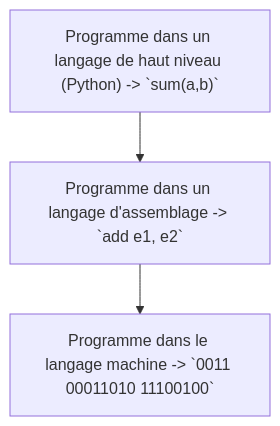
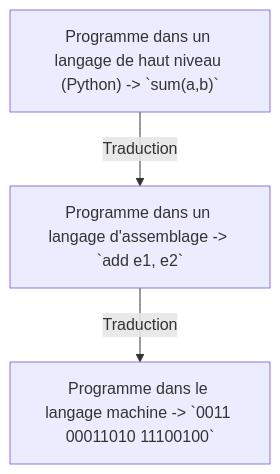
The diagram in première/Architecture_des_machines/Langage_machine.md (boddaert/nsi), drawn with Mermaid before and after one commit.

````diff
--- a/première/Architecture_des_machines/Langage_machine.md
+++ b/première/Architecture_des_machines/Langage_machine.md
@@ -23,7 +23,7 @@
 ```mermaid
 flowchart TB
     a["Programme dans un langage de haut niveau (Python) -> `sum(a,b)`"]
     b["Programme dans un langage d'assemblage -> `add e1, e2`"]
     c["Programme dans le langage machine -> `0011 00011010 11100100`"]
-    a-->b-->c
+    a-- Traduction -->b-- Traduction -->c
 ```
````
